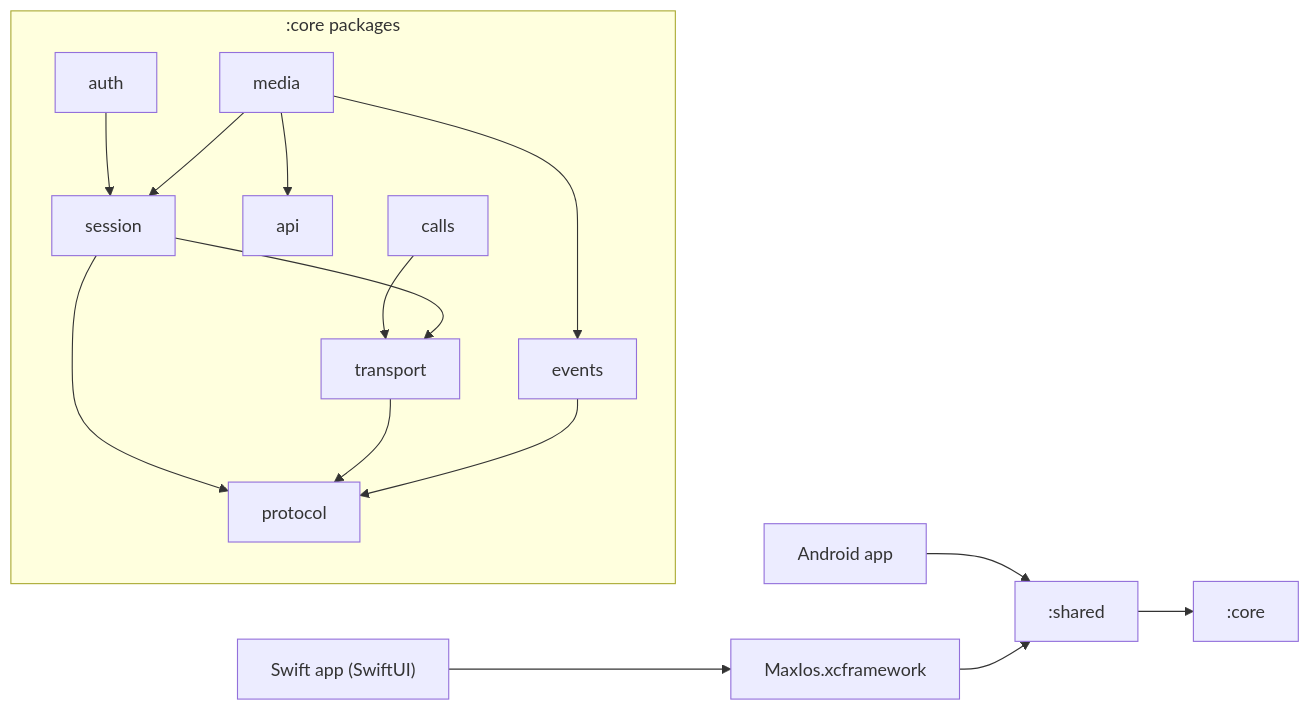
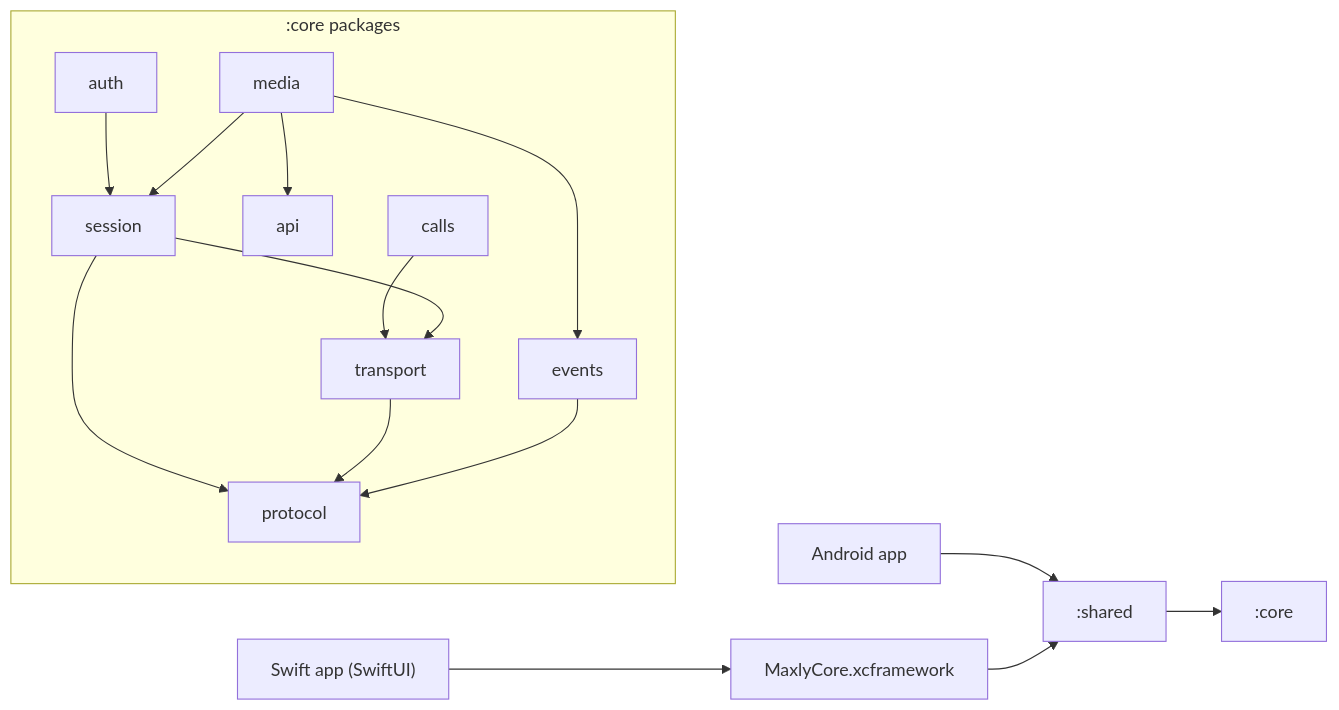
The diagram in docs/architecture.md (fighxy/max-kmp-core), drawn with Mermaid before and after one commit. The commit also changed other lines of this file and 4 other files, not shown here.

````diff
--- a/docs/architecture.md
+++ b/docs/architecture.md
@@ -19,18 +19,18 @@
 ```mermaid
 flowchart LR
-  SwiftApp["Swift app (SwiftUI)"] --> MaxIos["MaxIos.xcframework"]
+  SwiftApp["Swift app (SwiftUI)"] --> MaxlyCore["MaxlyCore.xcframework"]
   AndroidApp["Android app"] --> shared
-  MaxIos --> shared[":shared"]
+  MaxlyCore --> shared[":shared"]
   shared --> core[":core"]
   subgraph core_pkgs[":core packages"]
     auth --> session
     media --> session
     media --> api
     media --> events
     calls --> transport
     session --> transport
     session --> protocol
     transport --> protocol
     events --> protocol
   end
 ```
````
